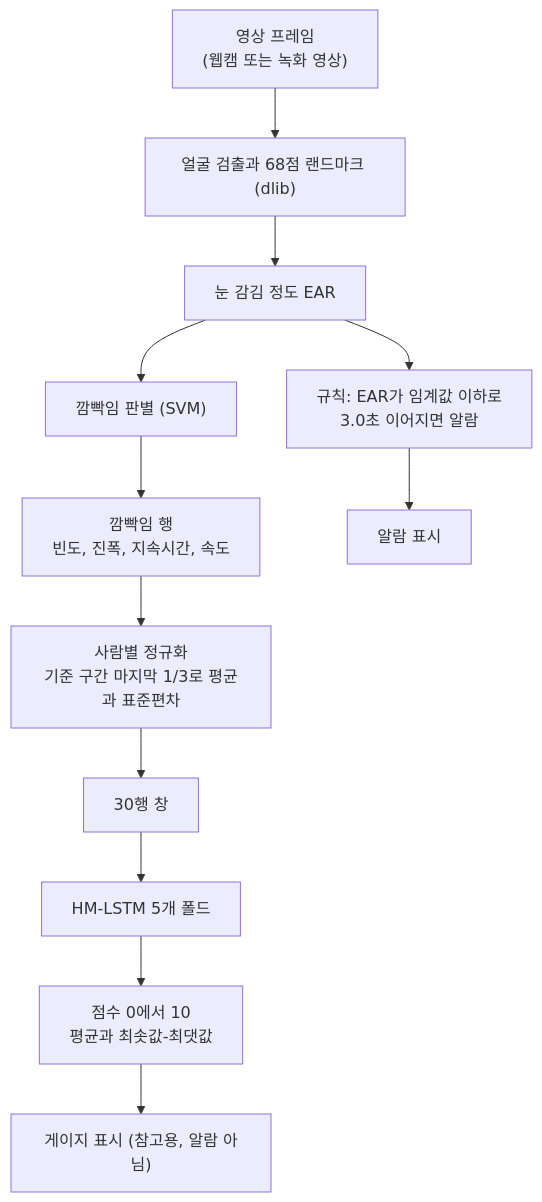
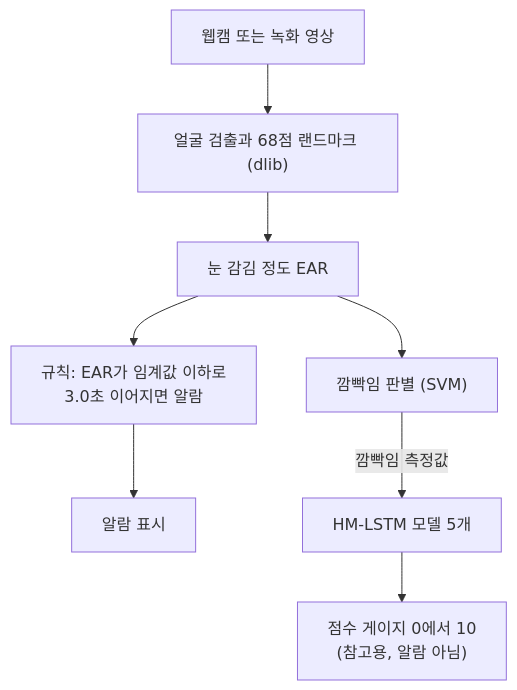
Before and after one commit to a38200-pixel/early-drowsiness-repro: the diagram in README.md, drawn with Mermaid. The commit also changed other lines of this file, not shown here.

````diff
--- a/README.md
+++ b/README.md
@@ -139,14 +112,10 @@
 ```mermaid
 flowchart TD
-  V["영상 프레임<br/>(웹캠 또는 녹화 영상)"] --> F["얼굴 검출과 68점 랜드마크 (dlib)"]
-  F --> E["눈 감김 정도 EAR"]
-  E --> R1["규칙: EAR가 임계값 이하로<br/>3.0초 이어지면 알람"]
-  E --> B["깜빡임 판별 (SVM)"]
-  B --> ROW["깜빡임 행<br/>빈도, 진폭, 지속시간, 속도"]
-  ROW --> N["사람별 정규화<br/>기준 구간 마지막 1/3로 평균과 표준편차"]
-  N --> W["30행 창"]
-  W --> M["HM-LSTM 5개 폴드"]
-  M --> S["점수 0에서 10<br/>평균과 최솟값-최댓값"]
-  R1 --> A["알람 표시"]
-  S --> G["게이지 표시 (참고용, 알람 아님)"]
+  CAM["웹캠 또는 녹화 영상"] --> FACE["얼굴 검출과 68점 랜드마크 (dlib)"]
+  FACE --> EAR["눈 감김 정도 EAR"]
+  EAR --> RULE["규칙: EAR가 임계값 이하로<br/>3.0초 이어지면 알람"]
+  RULE --> ALARM["알람 표시"]
+  EAR --> SVM["깜빡임 판별 (SVM)"]
+  SVM -->|"깜빡임 측정값"| LSTM["HM-LSTM 모델 5개"]
+  LSTM --> GAUGE["점수 게이지 0에서 10<br/>(참고용, 알람 아님)"]
 ```
````
